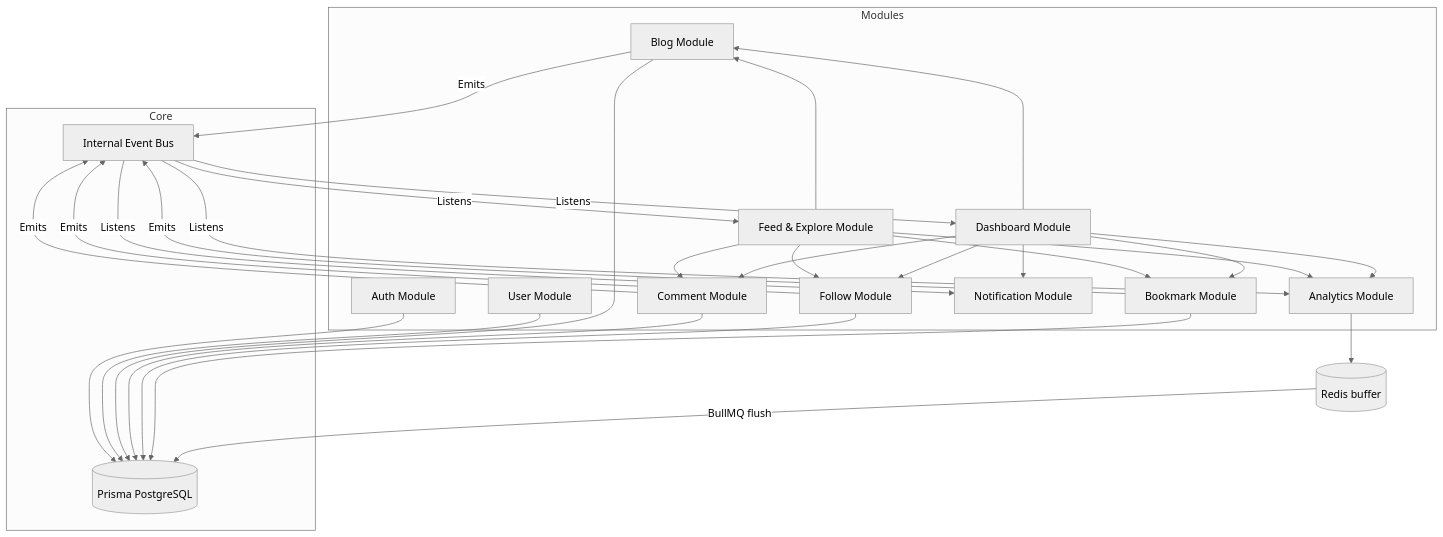
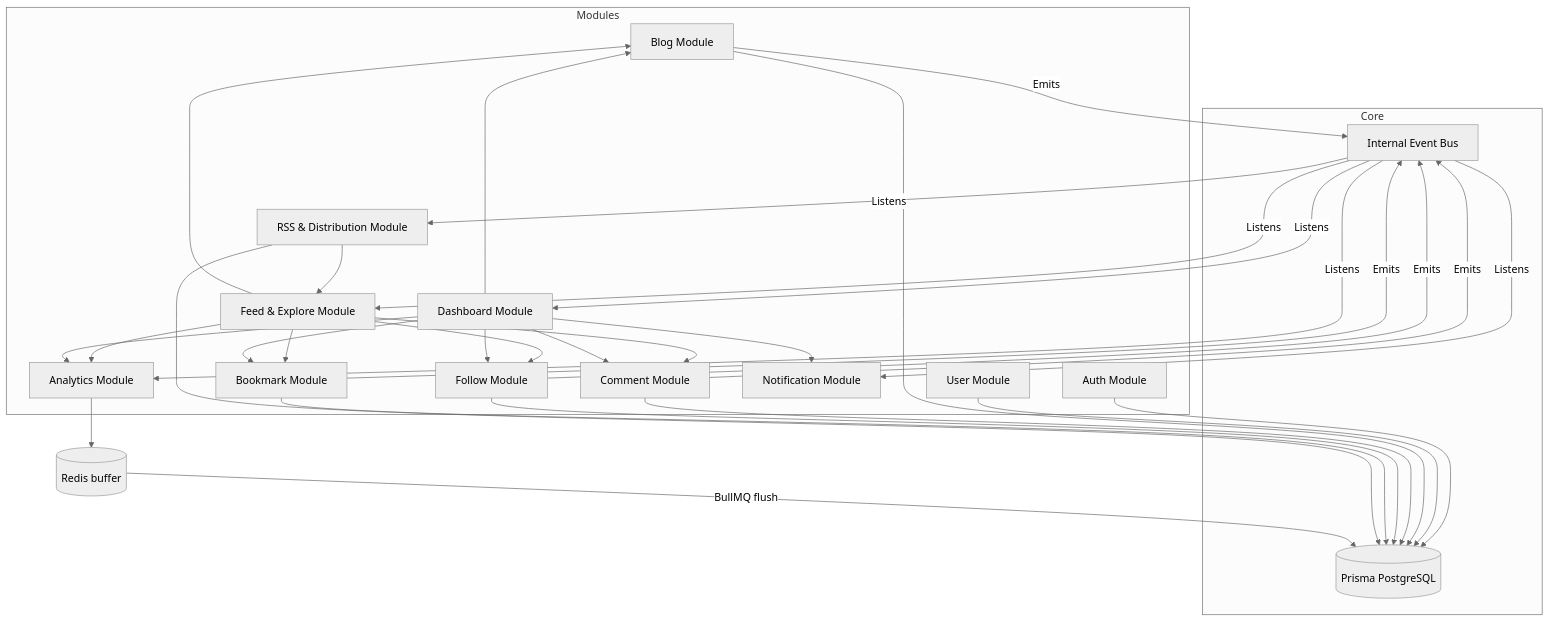
One commit to samman-varshney/Narrative changed the sixth of 7 diagrams in docs/ARCHITECTURE.md. Above: the diagram before and after it, drawn with Mermaid (neutral theme). The commit also changed other lines of this file and 68 other files, not shown here.

````diff
--- a/docs/ARCHITECTURE.md
+++ b/docs/ARCHITECTURE.md
@@ -421,59 +425,68 @@
 ```mermaid
 graph TD
     subgraph Modules
         Auth[Auth Module]
         User[User Module]
         Blog[Blog Module]
         Comment[Comment Module]
         Follow[Follow Module]
         Bookmark[Bookmark Module]
         Notif[Notification Module]
         Analyt[Analytics Module]
         Feed[Feed & Explore Module]
         Dash[Dashboard Module]
+        Rss[RSS & Distribution Module]
     end
     
     subgraph Core
         EventBus[Internal Event Bus]
         DB[(Prisma PostgreSQL)]
     end
     
     Auth --> DB
     User --> DB
     Blog --> DB
     Comment --> DB
     Follow --> DB
     
     Bookmark --> DB
 
     Blog -- Emits --> EventBus
     Comment -- Emits --> EventBus
     Follow -- Emits --> EventBus
     Bookmark -- Emits --> EventBus
 
     EventBus -- Listens --> Notif
     EventBus -- Listens --> Analyt
     EventBus -- Listens --> Feed
     EventBus -- Listens --> Dash
+    EventBus -- Listens --> Rss
 
     %% Feed is a leaf: it composes sibling SERVICES and nothing depends on it,
     %% so no cycle (Blog -> Feed -> Blog) can form.
     Feed --> Blog
     Feed --> Follow
     Feed --> Analyt
     Feed --> Comment
     Feed --> Bookmark
 
     %% Dashboard is the other leaf, and the stricter one: it reaches no database
     %% at all. Every arrow below is a call to a sibling SERVICE, and nothing
     %% depends on Dashboard — so Dashboard -> Analytics -> Dashboard cannot form.
     Dash --> Analyt
     Dash --> Blog
     Dash --> Follow
     Dash --> Bookmark
     Dash --> Comment
     Dash --> Notif
 
+    %% RSS is the third leaf, and the narrowest. Its ONLY module dependency is
+    %% one constant — the discovery eligibility predicate the Feed module owns —
+    %% so RSS -> Feed -> RSS cannot form. Everything else it needs it reads
+    %% through its own bounded query.
+    Rss --> Feed
+    Rss --> DB
+
     Analyt --> Redis[(Redis buffer)]
     Redis -- BullMQ flush --> DB
 ```
````
